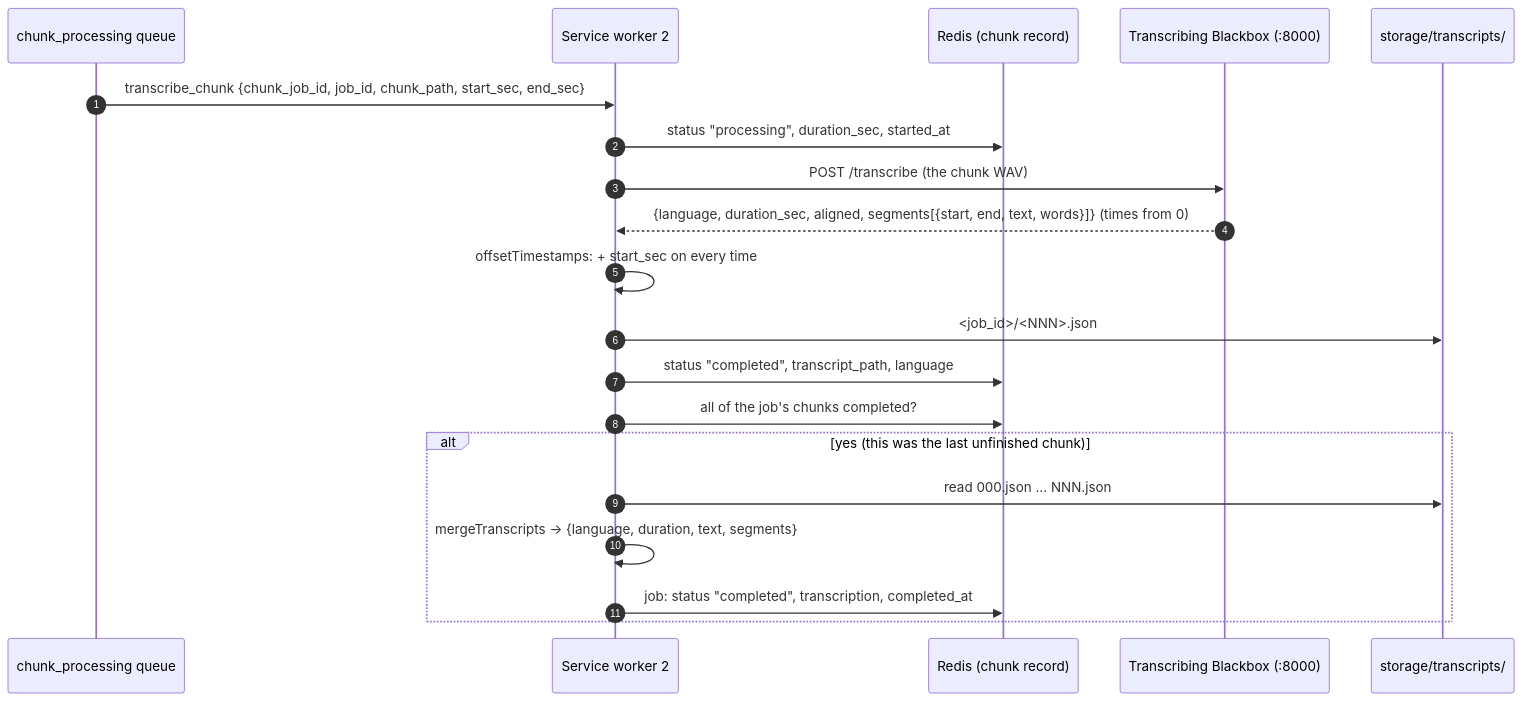
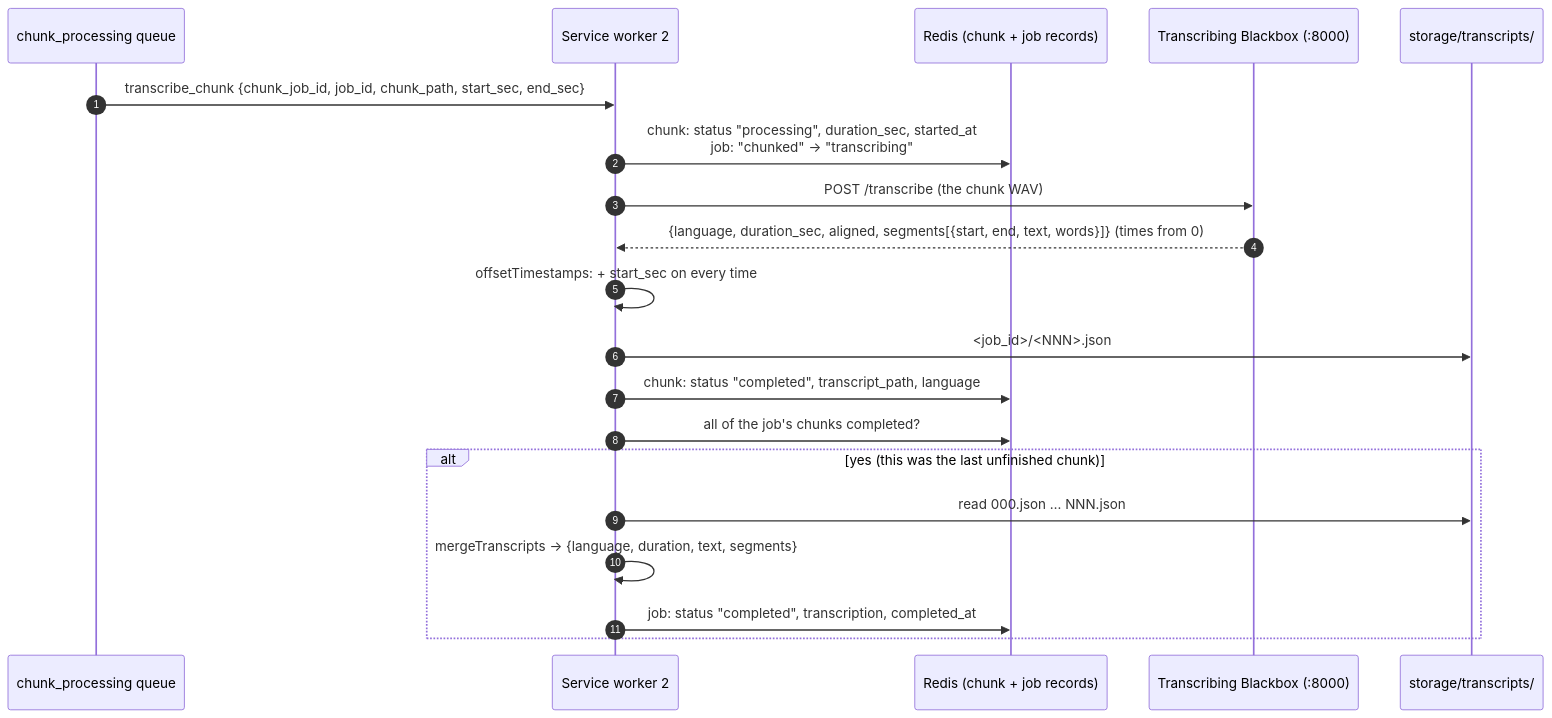
One commit to yahyalfc/audio-transcriptor changed the fifth of 9 diagrams in README.md. Above: the diagram before and after it, drawn with Mermaid. The commit also changed other lines of this file and 1 other file, not shown here.

````diff
--- a/README.md
+++ b/README.md
@@ -206,23 +223,23 @@
 ```mermaid
 sequenceDiagram
     autonumber
     participant Q as chunk_processing queue
     participant W2 as Service worker 2
-    participant R as Redis (chunk record)
+    participant R as Redis (chunk + job records)
     participant B as Transcribing Blackbox (:8000)
     participant D as storage/transcripts/
 
     Q->>W2: transcribe_chunk {chunk_job_id, job_id, chunk_path, start_sec, end_sec}
-    W2->>R: status "processing", duration_sec, started_at
+    W2->>R: chunk: status "processing", duration_sec, started_at<br/>job: "chunked" → "transcribing"
     W2->>B: POST /transcribe (the chunk WAV)
     B-->>W2: {language, duration_sec, aligned, segments[{start, end, text, words}]} (times from 0)
     W2->>W2: offsetTimestamps: + start_sec on every time
     W2->>D: <job_id>/<NNN>.json
-    W2->>R: status "completed", transcript_path, language
+    W2->>R: chunk: status "completed", transcript_path, language
     W2->>R: all of the job's chunks completed?
     alt yes (this was the last unfinished chunk)
         W2->>D: read 000.json … NNN.json
         W2->>W2: mergeTranscripts → {language, duration, text, segments}
         W2->>R: job: status "completed", transcription, completed_at
     end
 ```
````
